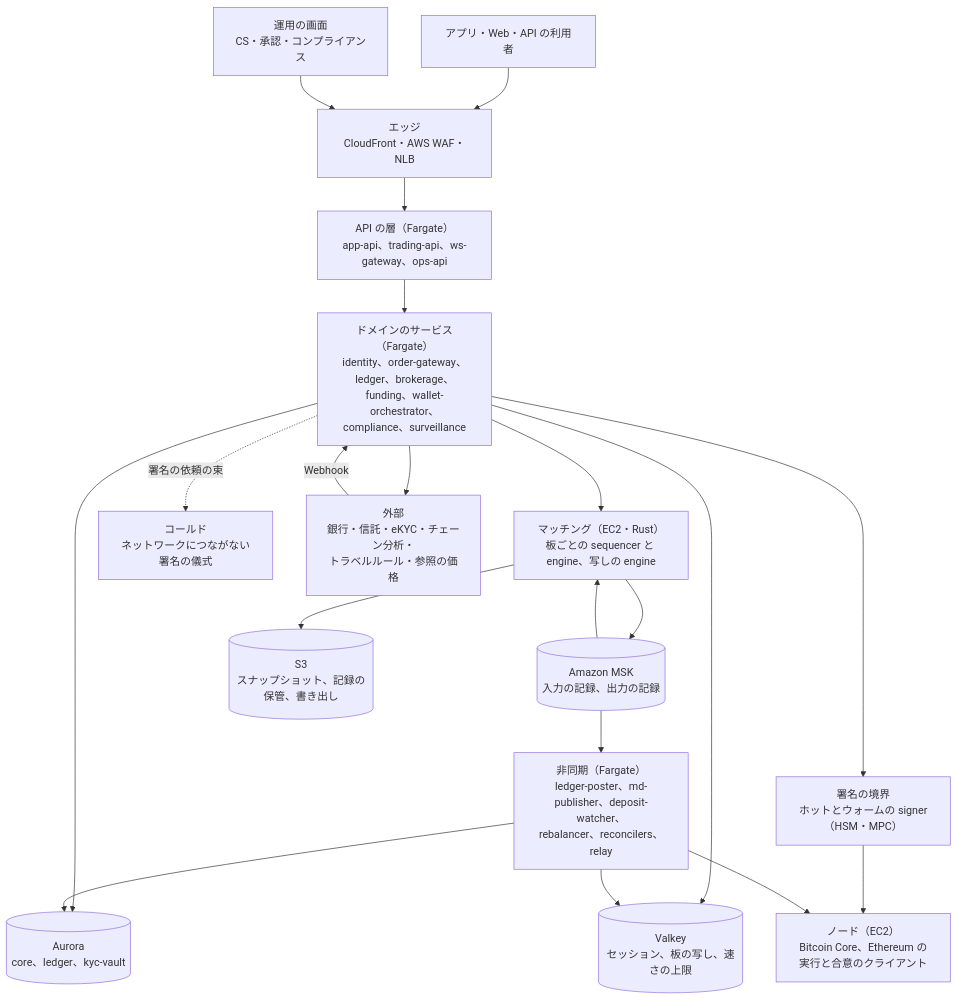
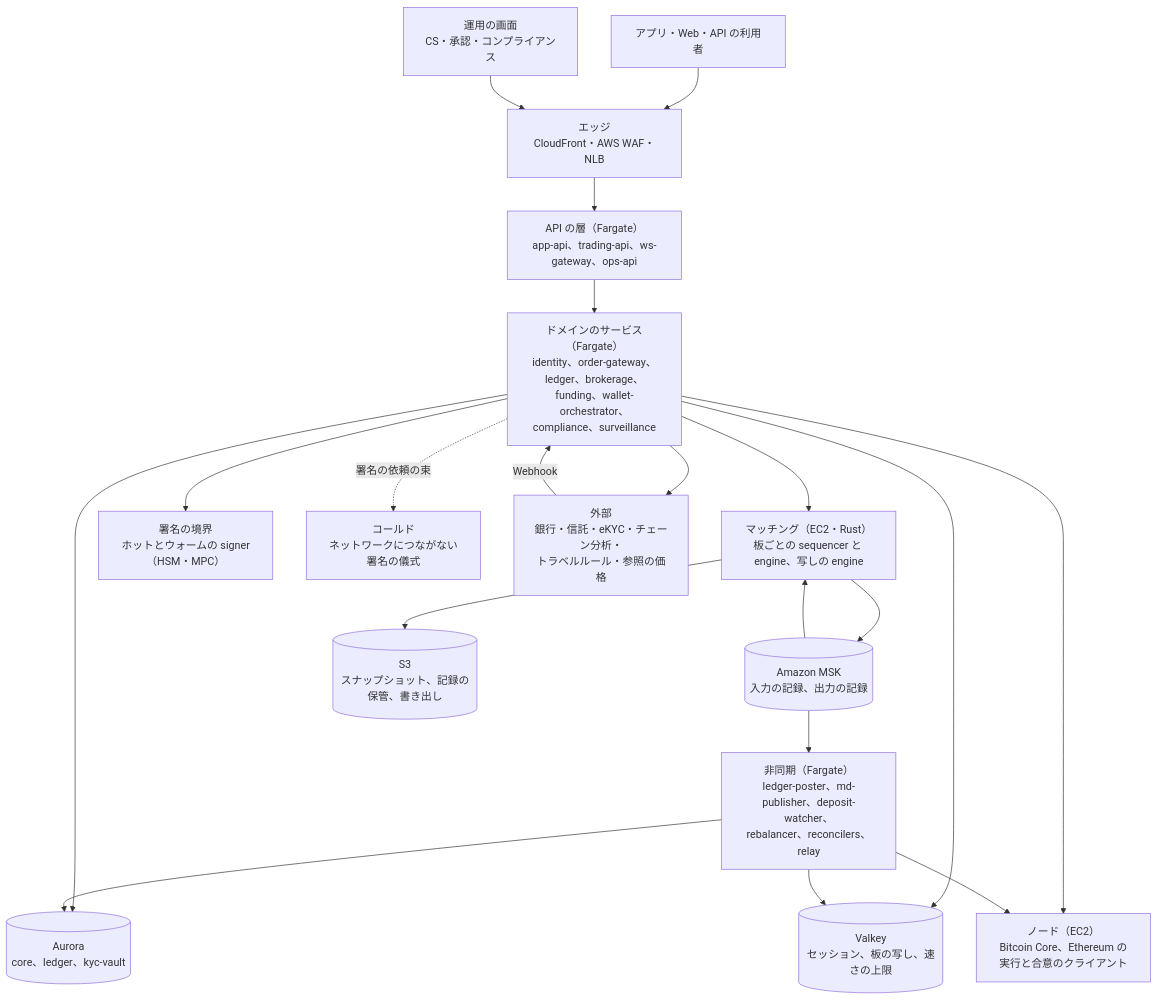
Before and after one commit to shoito/rebuilds: the second of 5 diagrams in systems/coinbase/docs/architecture/README.md, drawn with Mermaid. The commit also changed other lines of this file and 79 other files, not shown here.

````diff
--- a/systems/coinbase/docs/architecture/README.md
+++ b/systems/coinbase/docs/architecture/README.md
@@ -37,38 +37,38 @@
 ```mermaid
 flowchart TB
     app["アプリ・Web・API の利用者"]
     ops["運用の画面<br/>CS・承認・コンプライアンス"]
     edge["エッジ<br/>CloudFront・AWS WAF・NLB"]
     api["API の層（Fargate）<br/>app-api、trading-api、ws-gateway、ops-api"]
     domain["ドメインのサービス（Fargate）<br/>identity、order-gateway、ledger、brokerage、<br/>funding、wallet-orchestrator、compliance、surveillance"]
     me["マッチング（EC2・Rust）<br/>板ごとの sequencer と engine、写しの engine"]
     msk[("Amazon MSK<br/>入力の記録、出力の記録")]
     workers["非同期（Fargate）<br/>ledger-poster、md-publisher、deposit-watcher、<br/>rebalancer、reconcilers、relay"]
     aurora[("Aurora<br/>core、ledger、kyc-vault")]
     vk[("Valkey<br/>セッション、板の写し、速さの上限")]
     s3[("S3<br/>スナップショット、記録の保管、書き出し")]
     signer["署名の境界<br/>ホットとウォームの signer（HSM・MPC）"]
     cold["コールド<br/>ネットワークにつながない署名の儀式"]
     nodes["ノード（EC2）<br/>Bitcoin Core、Ethereum の実行と合意のクライアント"]
     ext["外部<br/>銀行・信託・eKYC・チェーン分析・<br/>トラベルルール・参照の価格"]
 
     app --> edge
     ops --> edge
     edge --> api
     api --> domain
     domain --> aurora
     domain --> vk
     domain --> me
     me --> msk
     msk --> me
     msk --> workers
     workers --> aurora
     workers --> vk
     me --> s3
     domain --> signer
-    signer --> nodes
+    domain --> nodes
     workers --> nodes
     domain --> ext
     ext -->|"Webhook"| domain
     domain -.->|"署名の依頼の束"| cold
 ```
````
